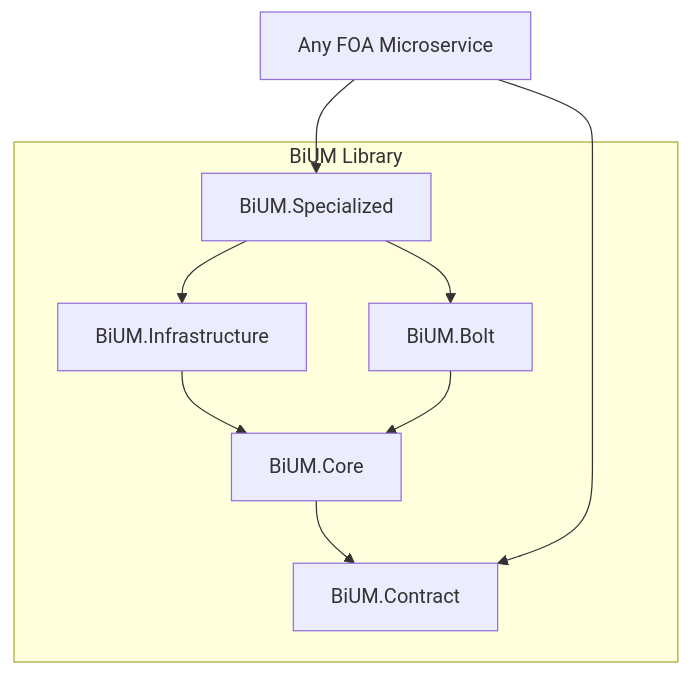
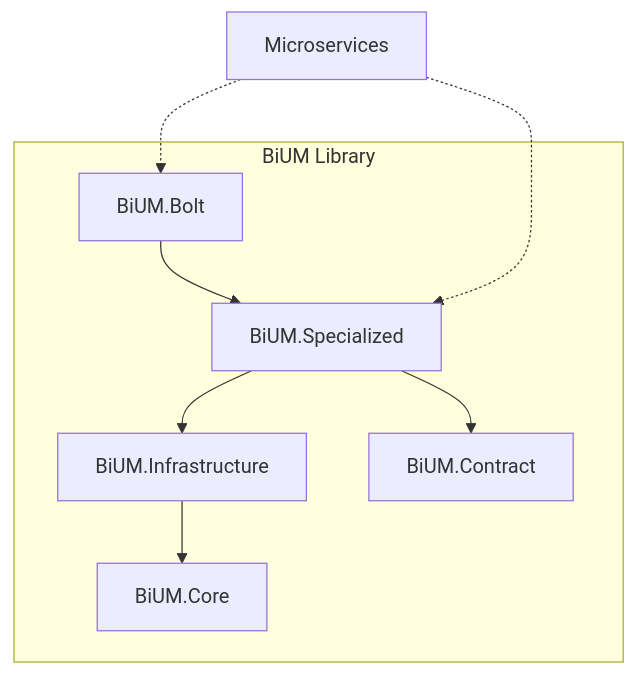
One commit to FOA-FunctiOnAir/BiUM changed the diagram in AGENTS.md. Above: the diagram before and after it, drawn with Mermaid. The commit also changed other lines of this file and 21 other files, not shown here.

````diff
--- a/AGENTS.md
+++ b/AGENTS.md
@@ -11,19 +11,18 @@
 ```mermaid
 graph TD
     subgraph BiUM Library
         Core[BiUM.Core]
         Infra[BiUM.Infrastructure]
-        Bolt[BiUM.Bolt]
         Spec[BiUM.Specialized]
         Contract[BiUM.Contract]
+        Bolt[BiUM.Bolt]
     end
 
-    Core --> Contract
     Infra --> Core
-    Bolt --> Core
     Spec --> Infra
-    Spec --> Bolt
+    Spec --> Contract
+    Bolt --> Spec
 
-    Microservice[Any FOA Microservice] --> Spec
-    Microservice --> Contract
+    Microservice[Microservices] -.-> Spec
+    Microservice -.-> Bolt
 ```
````
